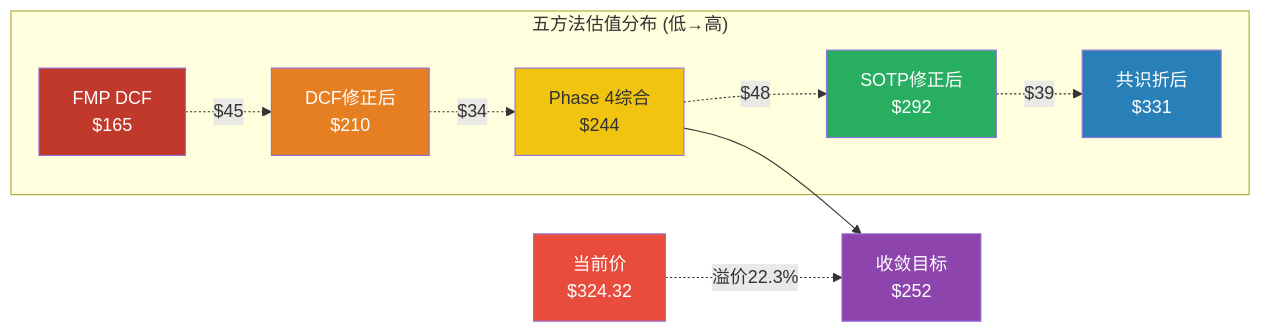
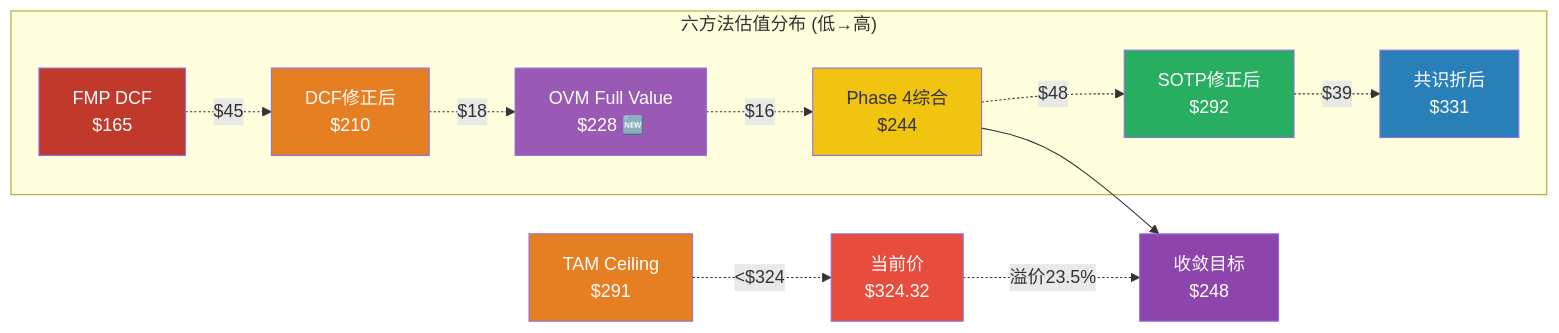
One commit to miltonnewyork25-afk/investment-master changed the fourth of 4 diagrams in reports/GOOGL_v2/staging/Ch23_scoring_valuation.md. Above: the diagram before and after it, drawn with Mermaid. The commit also changed other lines of this file and 4 other files, not shown here.

````diff
--- a/reports/GOOGL_v2/staging/Ch23_scoring_valuation.md
+++ b/reports/GOOGL_v2/staging/Ch23_scoring_valuation.md
@@ -385,27 +407,32 @@
 ```mermaid
 flowchart LR
-    subgraph "五方法估值分布 (低→高)"
+    subgraph "六方法估值分布 (低→高)"
         V1["FMP DCF<br/>$165"]
         V2["DCF修正后<br/>$210"]
+        V6["OVM Full Value<br/>$228 🆕"]
         V3["Phase 4综合<br/>$244"]
         V4["SOTP修正后<br/>$292"]
         V5["共识折后<br/>$331"]
     end
 
     V1 -.-> |"$45"| V2
-    V2 -.-> |"$34"| V3
+    V2 -.-> |"$18"| V6
+    V6 -.-> |"$16"| V3
     V3 -.-> |"$48"| V4
     V4 -.-> |"$39"| V5
 
-    V3 --> W["收敛目标<br/>$252"]
+    V3 --> W["收敛目标<br/>$248"]
 
-    CP["当前价<br/>$324.32"] -.-> |"溢价22.3%"| W
+    CP["当前价<br/>$324.32"] -.-> |"溢价23.5%"| W
+    TC["TAM Ceiling<br/>$291"] -.-> |"<$324"| CP
 
     style V1 fill:#c0392b,color:#fff
     style V2 fill:#e67e22,color:#fff
+    style V6 fill:#9b59b6,color:#fff
     style V3 fill:#f1c40f,color:#333
     style V4 fill:#27ae60,color:#fff
     style V5 fill:#2980b9,color:#fff
     style W fill:#8e44ad,color:#fff
     style CP fill:#e74c3c,color:#fff
+    style TC fill:#e67e22,color:#fff
 ```
````
